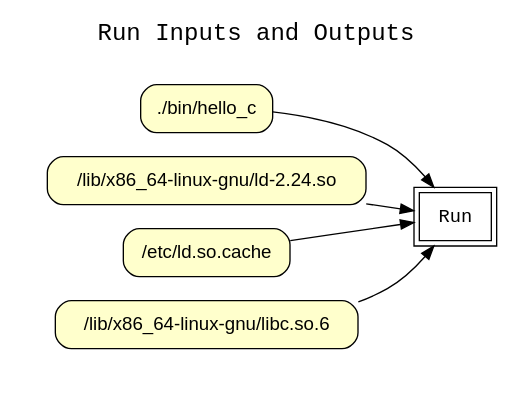
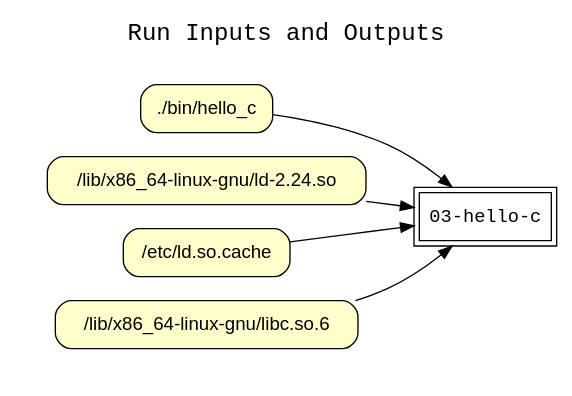
Before and after one commit to CIRSS/cpr: the diagram in examples/03-hello-c/graphs/wt_run_inputs_outputs.dot, drawn with Graphviz. The commit also changed 24 other files, not shown here.

Commit message:
Now capturing run name and rendering in run graph

```diff
--- a/examples/03-hello-c/graphs/wt_run_inputs_outputs.dot
+++ b/examples/03-hello-c/graphs/wt_run_inputs_outputs.dot
@@ -1,24 +1,24 @@
 
 digraph wt_run {
 rankdir=LR
 fontname=Courier; fontsize=18; labelloc=t
 label="Run Inputs and Outputs"
 node[shape=box style="filled" fillcolor="#FFFFFF" peripheries=2 fontname=Courier]
-"Run"
+"03-hello-c"
 subgraph cluster_inputs { label=""; color=white; penwidth=0
 subgraph cluster_inputs_inner { label=""; color=white
 node[shape=box style="rounded,filled" fillcolor="#FFFFCC" peripheries=1 fontname=Helvetica]
 "input:./bin/hello_c" [label="./bin/hello_c"]
 "input:/lib/x86_64-linux-gnu/ld-2.24.so" [label="/lib/x86_64-linux-gnu/ld-2.24.so"]
 "input:/etc/ld.so.cache" [label="/etc/ld.so.cache"]
 "input:/lib/x86_64-linux-gnu/libc.so.6" [label="/lib/x86_64-linux-gnu/libc.so.6"]
 }}
 subgraph cluster_outputs { label=""; color=white; penwidth=0
 subgraph cluster_outputs_inner { label=""; color=white
 node[shape=box style="rounded,filled" fillcolor="#FFFFCC" peripheries=1 fontname=Helvetica]
 }}
-"input:./bin/hello_c" -> "Run"
-"input:/lib/x86_64-linux-gnu/ld-2.24.so" -> "Run"
-"input:/etc/ld.so.cache" -> "Run"
-"input:/lib/x86_64-linux-gnu/libc.so.6" -> "Run"
+"input:./bin/hello_c" -> "03-hello-c"
+"input:/lib/x86_64-linux-gnu/ld-2.24.so" -> "03-hello-c"
+"input:/etc/ld.so.cache" -> "03-hello-c"
+"input:/lib/x86_64-linux-gnu/libc.so.6" -> "03-hello-c"
 }
```
